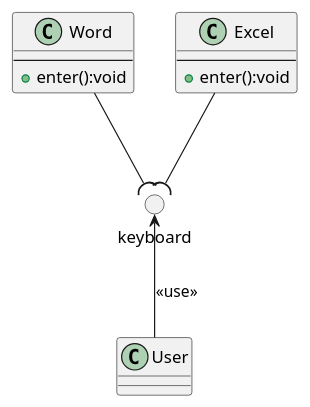
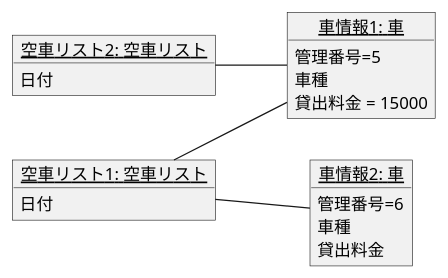
One commit to kazuki220/uml-introduction changed the diagram in 例題3-2.pu. Above: the diagram before and after it, drawn with PlantUML. The commit also changed 1 other file, not shown here.

```diff
--- a/例題3-2.pu
+++ b/例題3-2.pu
@@ -1,70 +1,91 @@
 @startuml 例題3-2
 ' left to right direction
 ' class 会社 {}
 ' class 社員 {}
 ' 会社 "0..1" ---- "*"  社員
 ' ' 会社 --> 社員:雇う
 ' note top of 会社:雇用者
 ' note top of 社員:従業員
 
 ' left to right direction
 ' 会員リスト o-- 会員
 ' note right of 会員リスト
 '     会員クラスがなくて成り立つ
 ' end note
 
 ' left to right direction
 ' パソコン "1" *-- ハードディスク
 ' 会社 -- 社員
 ' 社員 *-- 社員証
 ' note right of パソコン
 '     ハードディスクがないと成り立ちません。
 ' end note
 
 ' left to right direction
 ' 注文 <.. 注文管理
 ' note top of 注文管理
 ' 注文管理が注文のメソッドもしくは属性を呼び出している
 ' end note
 
 ' class 社員 {
 ' - 社員ID
 ' - 社員名
 ' ---
 ' + 社員ID設定（社員ID:int）:void
 ' + 社員ID取得（）:int
 ' + 社員名設定（社員名:String）:void
 ' + 社員名取得（）:String
 ' }
 ' class 技術社員 {
 ' - プロジェクト名:String
 ' ---
 ' + プロジェクト名設定（プロジェクト名:String）:void
 ' + プロジェクト名取得（）:String
 ' }
 ' class 営業社員 {
 ' - 担当地域名:String
 ' ---
 ' + 担当地域名設定（プロジェクト名:String）:void
 ' + 担当地域名取得（）:String
 ' }
 ' 社員 <|--down- 技術社員
 ' 社員 <|--down- 営業社員
 ' 技術社員 -right-|> 社員
 ' 営業社員 -right-|> 社員
 
-class Word {
----
-+ enter():void
+' class Word {
+' ---
+' + enter():void
+' }
+' class Excel {
+' ---
+' + enter():void
+' }
+' circle "keyboard" as I1
+' Word --( I1
+' Excel --( I1
+' class User {
+' }
+' I1 <-- User:<< use >>
+
+left to right direction
+object "<u>空車リスト2: 空車リスト</u>" as k2 {
+日付
 }
-class Excel {
----
-+ enter():void
+object "<u>空車リスト1: 空車リスト</u>" as k1 {
+日付
 }
-circle "keyboard" as I1
-Word --( I1
-Excel --( I1
-class User {
+object "<u>車情報1: 車</u>" as car1 {
+管理番号=5
+車種
+貸出料金 = 15000
 }
-I1 <-- User:<< use >>
-@endum
+object "<u>車情報2: 車</u>" as car2 {
+管理番号=6
+車種
+貸出料金
+}
+k1 -- car1
+k1 -- car2
+k2 -- car1
+@enduml
```
